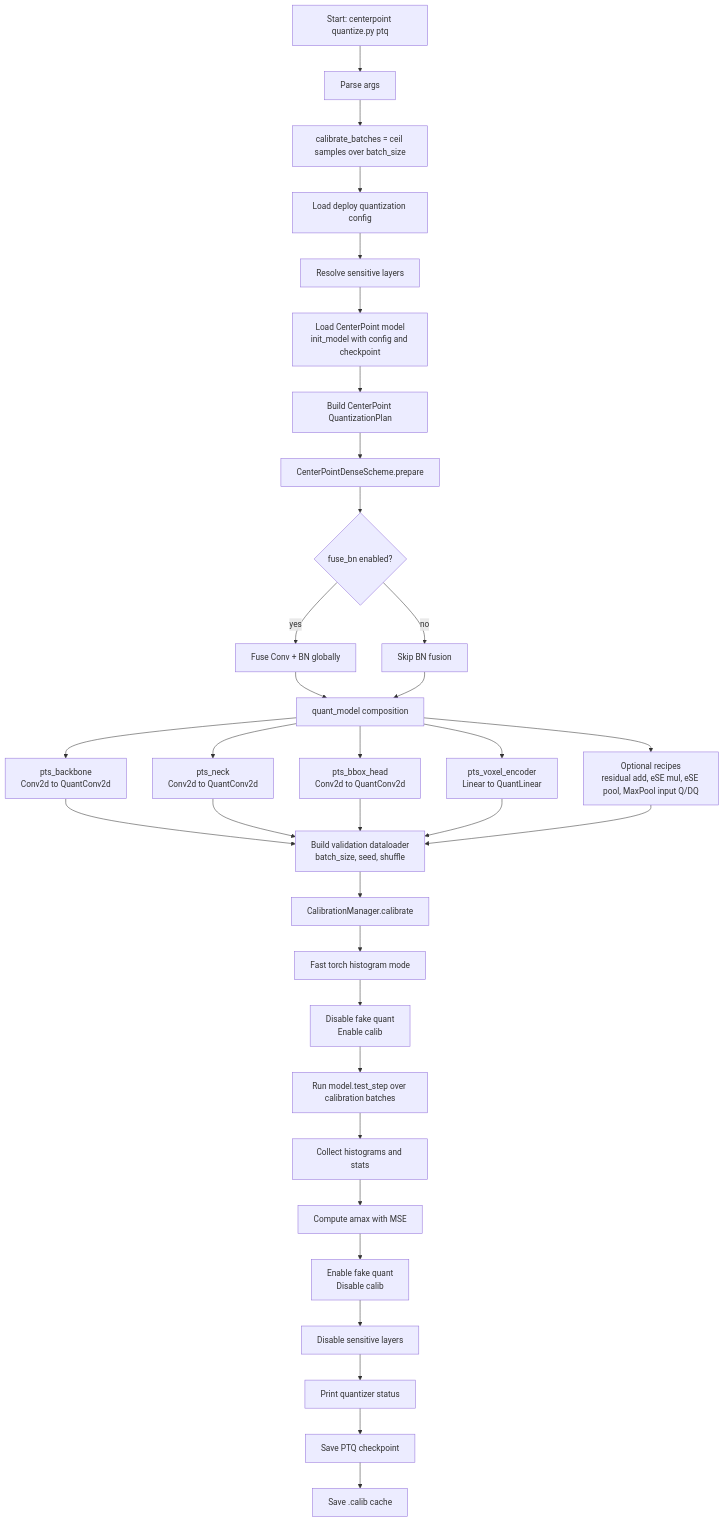
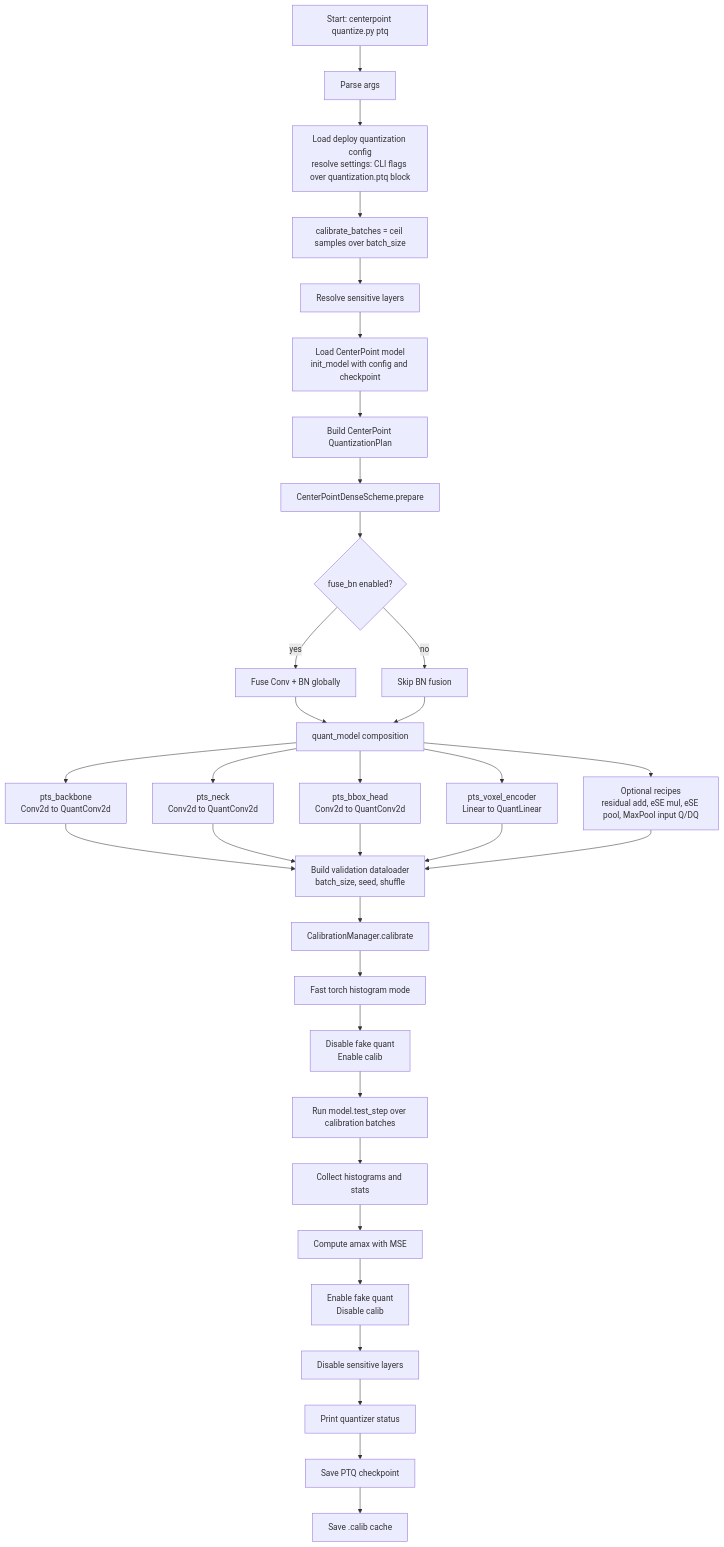
One commit to vividf/AWML changed the third of 4 diagrams in docs/quantization_pipeline.md. Above: the diagram before and after it, drawn with Mermaid. The commit also changed other lines of this file and 30 other files, not shown here.

````diff
--- a/docs/quantization_pipeline.md
+++ b/docs/quantization_pipeline.md
@@ -77,40 +77,40 @@
 ```mermaid
 flowchart TD
     A["Start: centerpoint quantize.py ptq"] --> B["Parse args"]
-    B --> C["calibrate_batches = ceil samples over batch_size"]
-    C --> D["Load deploy quantization config"]
+    B --> C["Load deploy quantization config<br/>resolve settings: CLI flags over quantization.ptq block"]
+    C --> D["calibrate_batches = ceil samples over batch_size"]
     D --> E["Resolve sensitive layers"]
     E --> F["Load CenterPoint model<br/>init_model with config and checkpoint"]
 
     F --> G["Build CenterPoint QuantizationPlan"]
     G --> H["CenterPointDenseScheme.prepare"]
     H --> H1{"fuse_bn enabled?"}
     H1 -->|yes| H2["Fuse Conv + BN globally"]
     H1 -->|no| H3["Skip BN fusion"]
     H2 --> I
     H3 --> I
 
     I["quant_model composition"] --> I1["pts_backbone<br/>Conv2d to QuantConv2d"]
     I --> I2["pts_neck<br/>Conv2d to QuantConv2d"]
     I --> I3["pts_bbox_head<br/>Conv2d to QuantConv2d"]
     I --> I4["pts_voxel_encoder<br/>Linear to QuantLinear"]
     I --> I5["Optional recipes<br/>residual add, eSE mul, eSE pool, MaxPool input Q/DQ"]
 
     I1 --> J["Build validation dataloader<br/>batch_size, seed, shuffle"]
     I2 --> J
     I3 --> J
     I4 --> J
     I5 --> J
 
     J --> K["CalibrationManager.calibrate"]
     K --> K1["Fast torch histogram mode"]
     K1 --> K2["Disable fake quant<br/>Enable calib"]
     K2 --> K3["Run model.test_step over calibration batches"]
     K3 --> K4["Collect histograms and stats"]
     K4 --> K5["Compute amax with MSE"]
     K5 --> K6["Enable fake quant<br/>Disable calib"]
     K6 --> L["Disable sensitive layers"]
     L --> M["Print quantizer status"]
     M --> N["Save PTQ checkpoint"]
     N --> O["Save .calib cache"]
 ```
````
